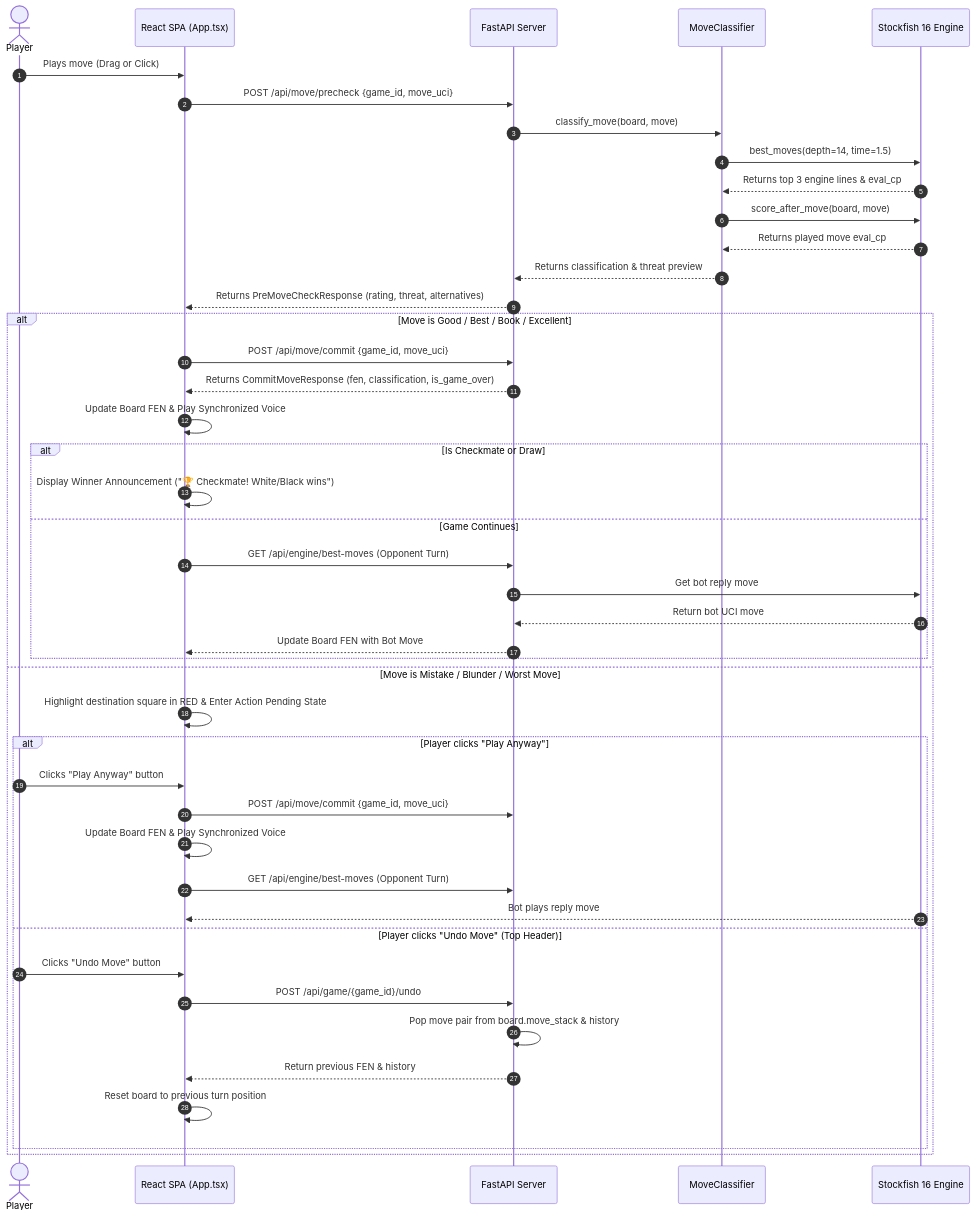
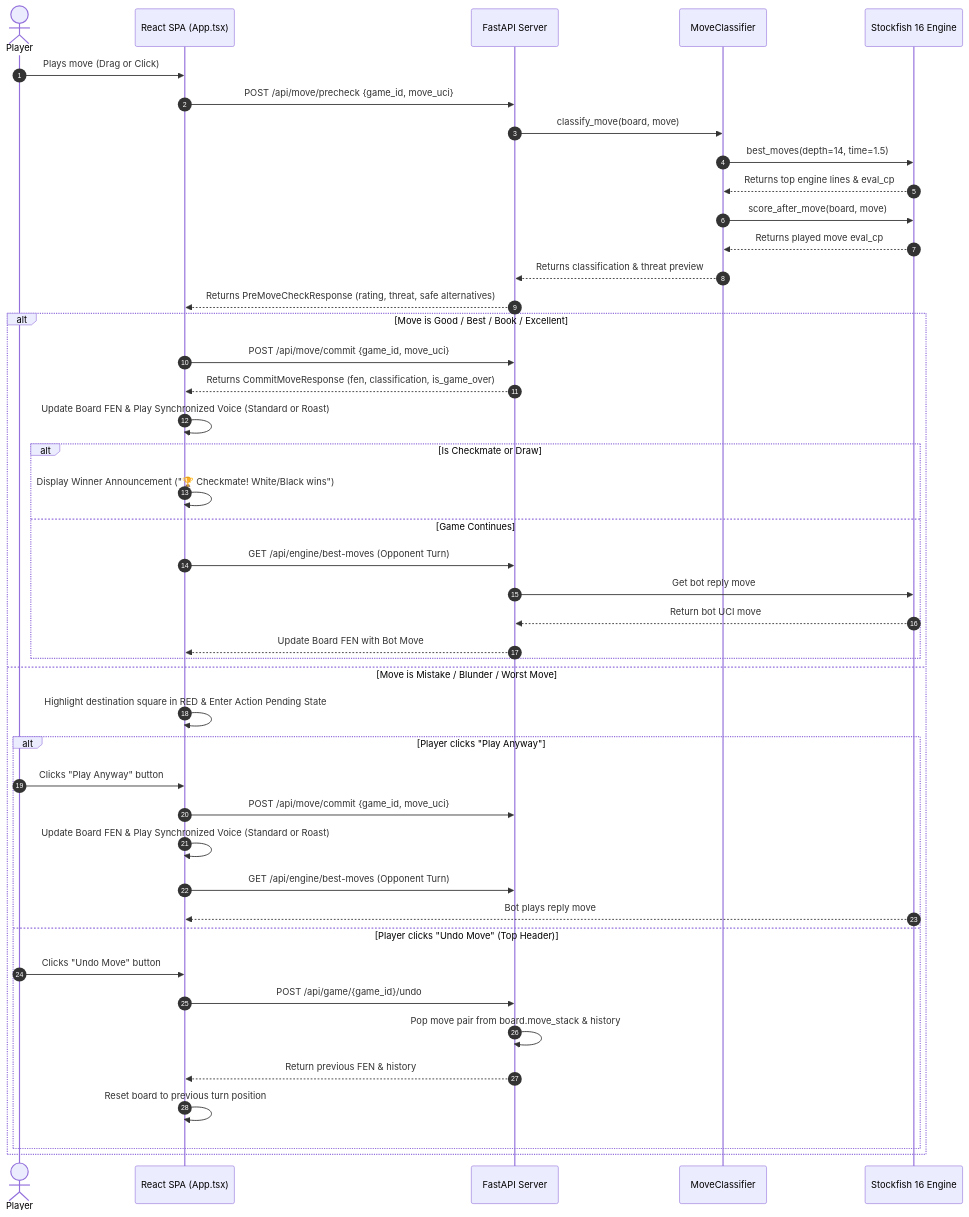
Before and after one commit to janhavi-28/chess-game: the fourth of 6 diagrams in ARCHITECTURE.md, drawn with Mermaid. The commit also changed other lines of this file and 30 other files, not shown here.

Commit message:
feat: add 18+ Roast Mode, dynamic safe hint arrows, Razorpay webhook, clean age gate & update docs

````diff
--- a/ARCHITECTURE.md
+++ b/ARCHITECTURE.md
@@ -102,50 +115,50 @@
 ```mermaid
 sequenceDiagram
     autonumber
     actor Player
     participant Frontend as React SPA (App.tsx)
     participant Backend as FastAPI Server
     participant Classifier as MoveClassifier
     participant Stockfish as Stockfish 16 Engine
 
     Player->>Frontend: Plays move (Drag or Click)
     Frontend->>Backend: POST /api/move/precheck {game_id, move_uci}
     Backend->>Classifier: classify_move(board, move)
     Classifier->>Stockfish: best_moves(depth=14, time=1.5)
-    Stockfish-->>Classifier: Returns top 3 engine lines & eval_cp
+    Stockfish-->>Classifier: Returns top engine lines & eval_cp
     Classifier->>Stockfish: score_after_move(board, move)
     Stockfish-->>Classifier: Returns played move eval_cp
     Classifier-->>Backend: Returns classification & threat preview
-    Backend-->>Frontend: Returns PreMoveCheckResponse (rating, threat, alternatives)
+    Backend-->>Frontend: Returns PreMoveCheckResponse (rating, threat, safe alternatives)
     
     alt Move is Good / Best / Book / Excellent
         Frontend->>Backend: POST /api/move/commit {game_id, move_uci}
         Backend-->>Frontend: Returns CommitMoveResponse (fen, classification, is_game_over)
-        Frontend->>Frontend: Update Board FEN & Play Synchronized Voice
+        Frontend->>Frontend: Update Board FEN & Play Synchronized Voice (Standard or Roast)
         
         alt Is Checkmate or Draw
             Frontend->>Frontend: Display Winner Announcement ("🏆 Checkmate! White/Black wins")
         else Game Continues
             Frontend->>Backend: GET /api/engine/best-moves (Opponent Turn)
             Backend->>Stockfish: Get bot reply move
             Stockfish-->>Backend: Return bot UCI move
             Backend-->>Frontend: Update Board FEN with Bot Move
         end
     else Move is Mistake / Blunder / Worst Move
         Frontend->>Frontend: Highlight destination square in RED & Enter Action Pending State
         
         alt Player clicks "Play Anyway"
             Player->>Frontend: Clicks "Play Anyway" button
             Frontend->>Backend: POST /api/move/commit {game_id, move_uci}
-            Frontend->>Frontend: Update Board FEN & Play Synchronized Voice
+            Frontend->>Frontend: Update Board FEN & Play Synchronized Voice (Standard or Roast)
             Frontend->>Backend: GET /api/engine/best-moves (Opponent Turn)
             Stockfish-->>Frontend: Bot plays reply move
         else Player clicks "Undo Move" (Top Header)
             Player->>Frontend: Clicks "Undo Move" button
             Frontend->>Backend: POST /api/game/{game_id}/undo
             Backend->>Backend: Pop move pair from board.move_stack & history
             Backend-->>Frontend: Return previous FEN & history
             Frontend->>Frontend: Reset board to previous turn position
         end
     end
 ```
````
